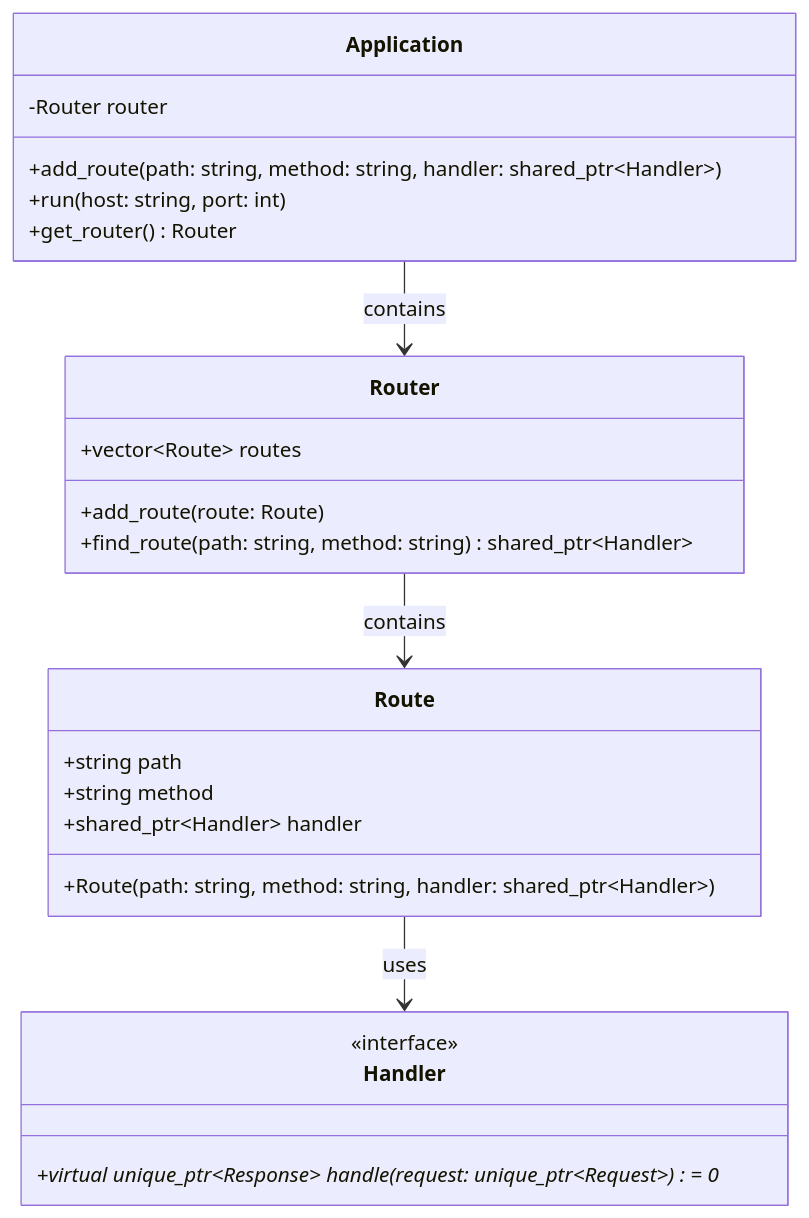
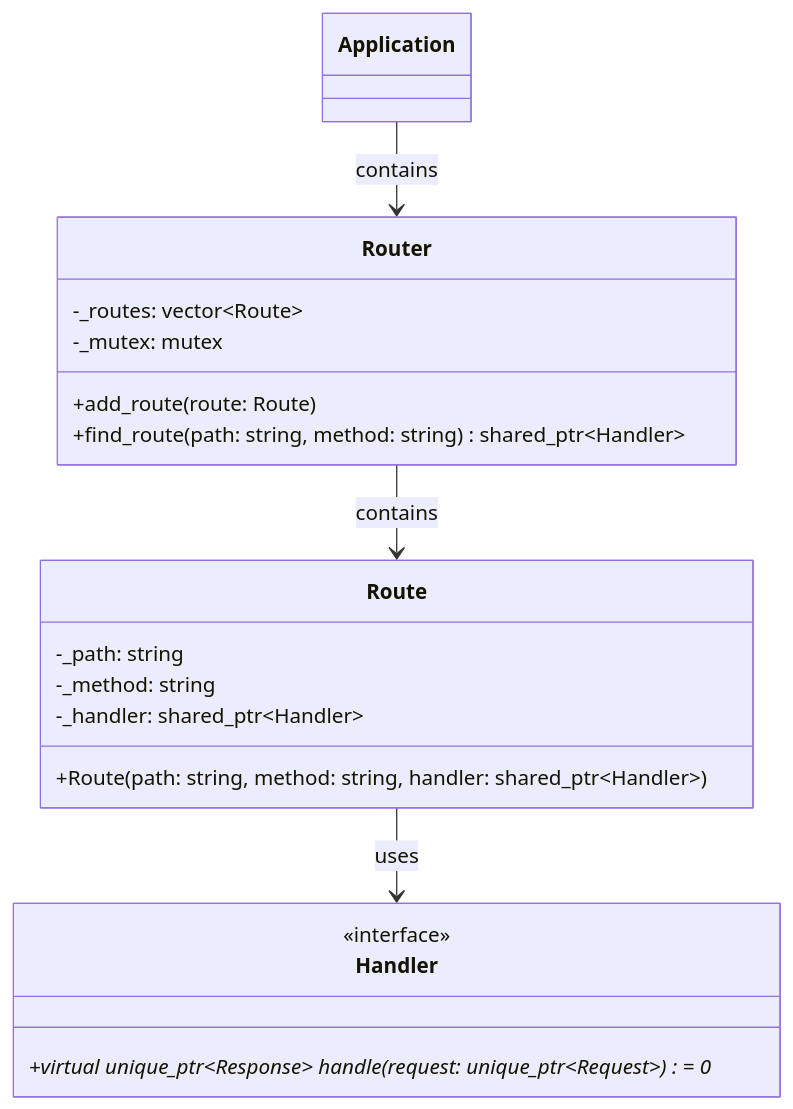
Before and after one commit to etib-corp/fion: the sixth of 10 diagrams in ARCHITECTURE.md, drawn with Mermaid. The commit also changed other lines of this file and 1 other file, not shown here.

Commit message:
Feat: Add the new architecture

````diff
--- a/ARCHITECTURE.md
+++ b/ARCHITECTURE.md
@@ -14,32 +185,25 @@
 ```mermaid
 classDiagram
-    %% Routing Layer
-    class Application {
-        -Router router
-        +add_route(path: string, method: string, handler: shared_ptr~Handler~)
-        +run(host: string, port: int)
-        +get_router() Router
-    }
-
     class Router {
-        +vector~Route~ routes
+        -_routes: vector~Route~
+        -_mutex: mutex
         +add_route(route: Route)
         +find_route(path: string, method: string) shared_ptr~Handler~
     }
 
     class Route {
-        +string path
-        +string method
-        +shared_ptr~Handler~ handler
+        -_path: string
+        -_method: string
+        -_handler: shared_ptr~Handler~
         +Route(path: string, method: string, handler: shared_ptr~Handler~)
     }
 
     class Handler {
         <<interface>>
         +virtual unique_ptr~Response~ handle(request: unique_ptr~Request~)* = 0
     }
 
     Application --> Router : contains
     Router --> Route : contains
     Route --> Handler : uses
 ```
````
